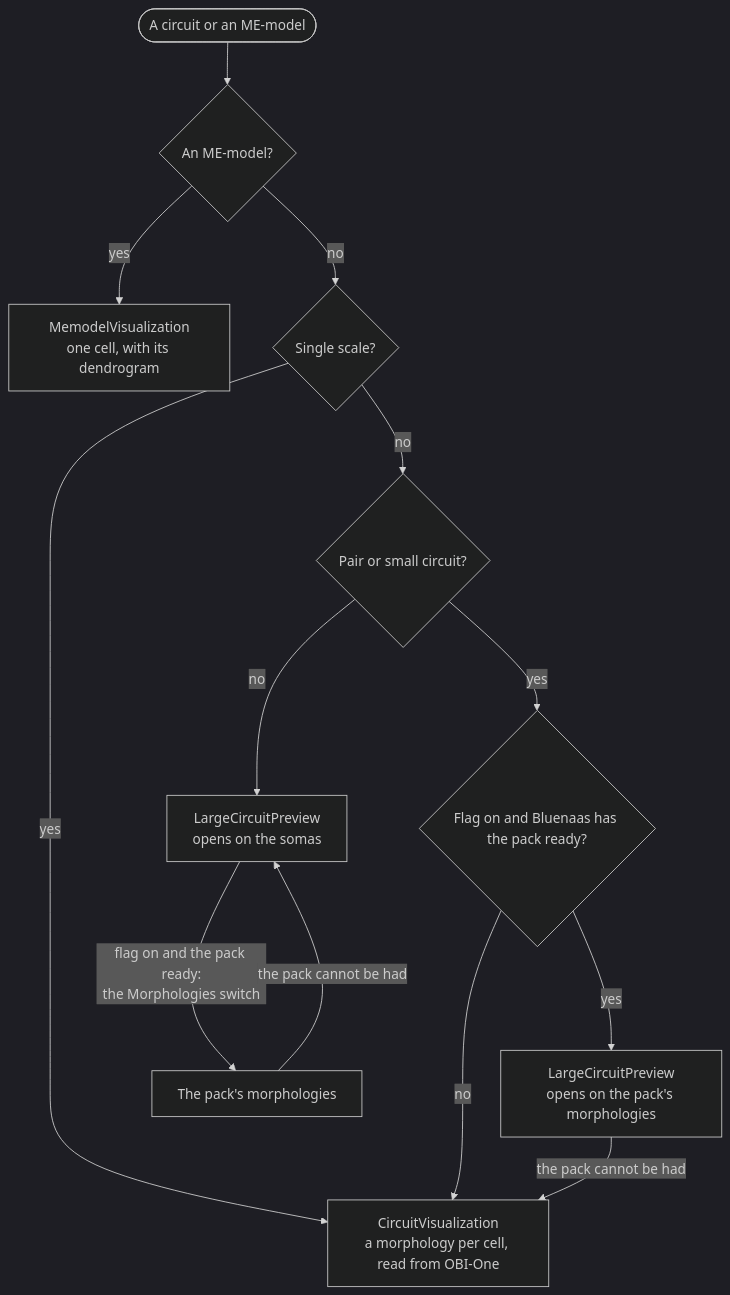
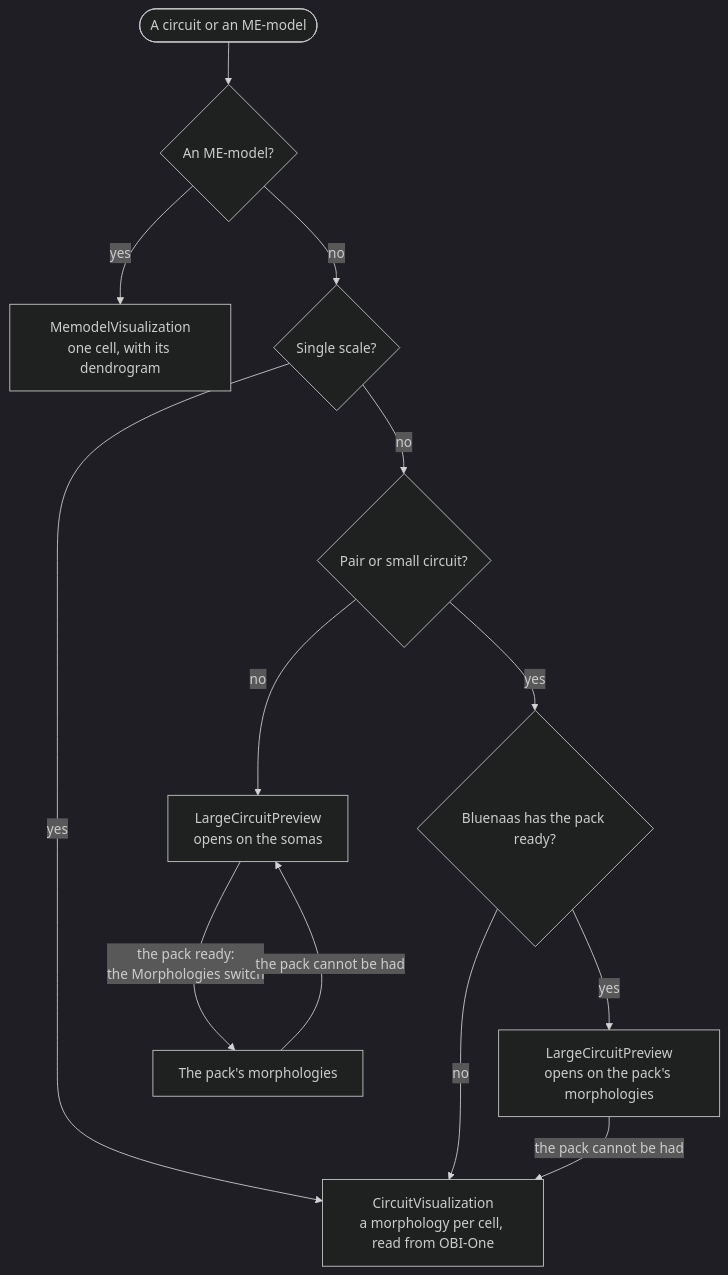
The first of 3 diagrams in src/features/circuit-viewer/README.md (openbraininstitute/core-web-app), drawn with Mermaid (dark theme) before and after one commit. The commit also changed other lines of this file and 8 other files, not shown here.

First line of the commit message:
feat(circuit-viewer): ship circuit morphologies without the circuit-morphologies flag

````diff
--- a/src/features/circuit-viewer/README.md
+++ b/src/features/circuit-viewer/README.md
@@ -26,15 +24,15 @@
 ```mermaid
 flowchart TD
   start(["A circuit or an ME-model"]) --> memodel{"An ME-model?"}
   memodel -- yes --> one["MemodelVisualization<br/>one cell, with its dendrogram"]
   memodel -- no --> single{"Single scale?"}
   single -- yes --> each["CircuitVisualization<br/>a morphology per cell, read from OBI-One"]
   single -- no --> small{"Pair or small circuit?"}
-  small -- yes --> packSmall{"Flag on and Bluenaas has the pack ready?"}
+  small -- yes --> packSmall{"Bluenaas has the pack ready?"}
   packSmall -- no --> each
   packSmall -- yes --> openMorph["LargeCircuitPreview<br/>opens on the pack's morphologies"]
   openMorph -- "the pack cannot be had" --> each
   small -- no --> somas["LargeCircuitPreview<br/>opens on the somas"]
-  somas -- "flag on and the pack ready:<br/>the Morphologies switch" --> morph["The pack's morphologies"]
+  somas -- "the pack ready:<br/>the Morphologies switch" --> morph["The pack's morphologies"]
   morph -- "the pack cannot be had" --> somas
 ```
````
